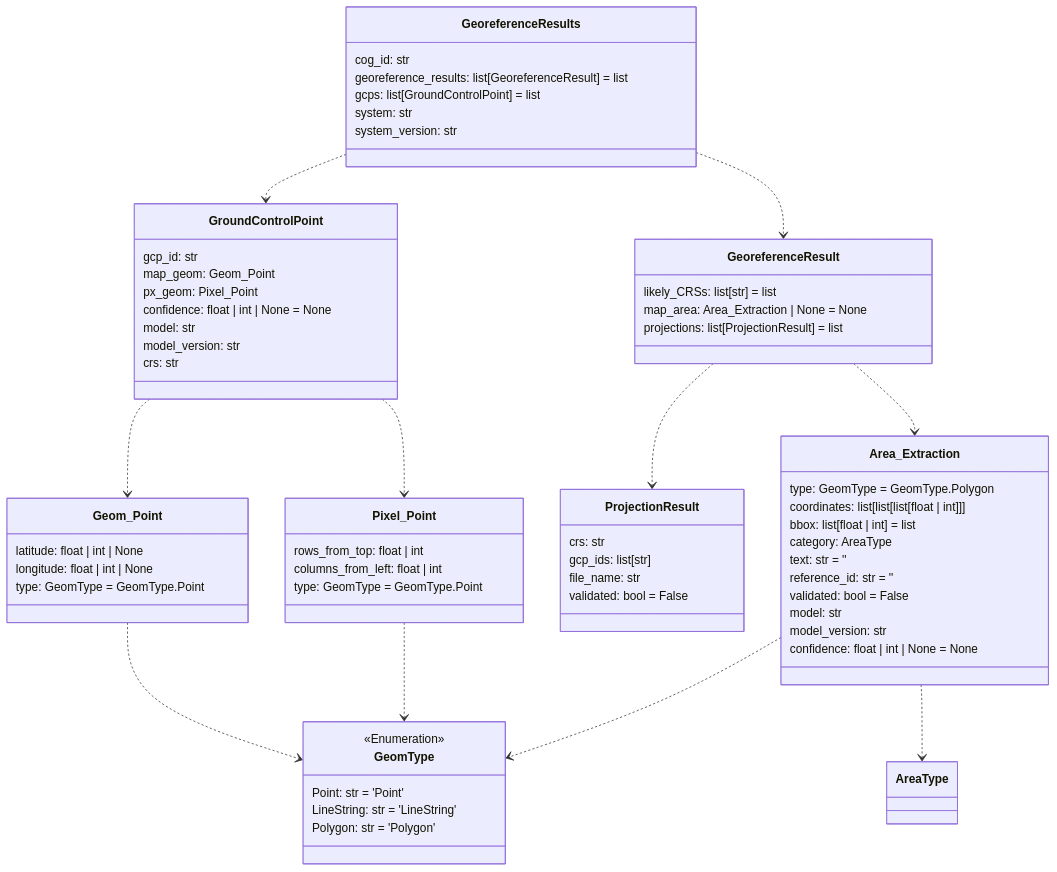
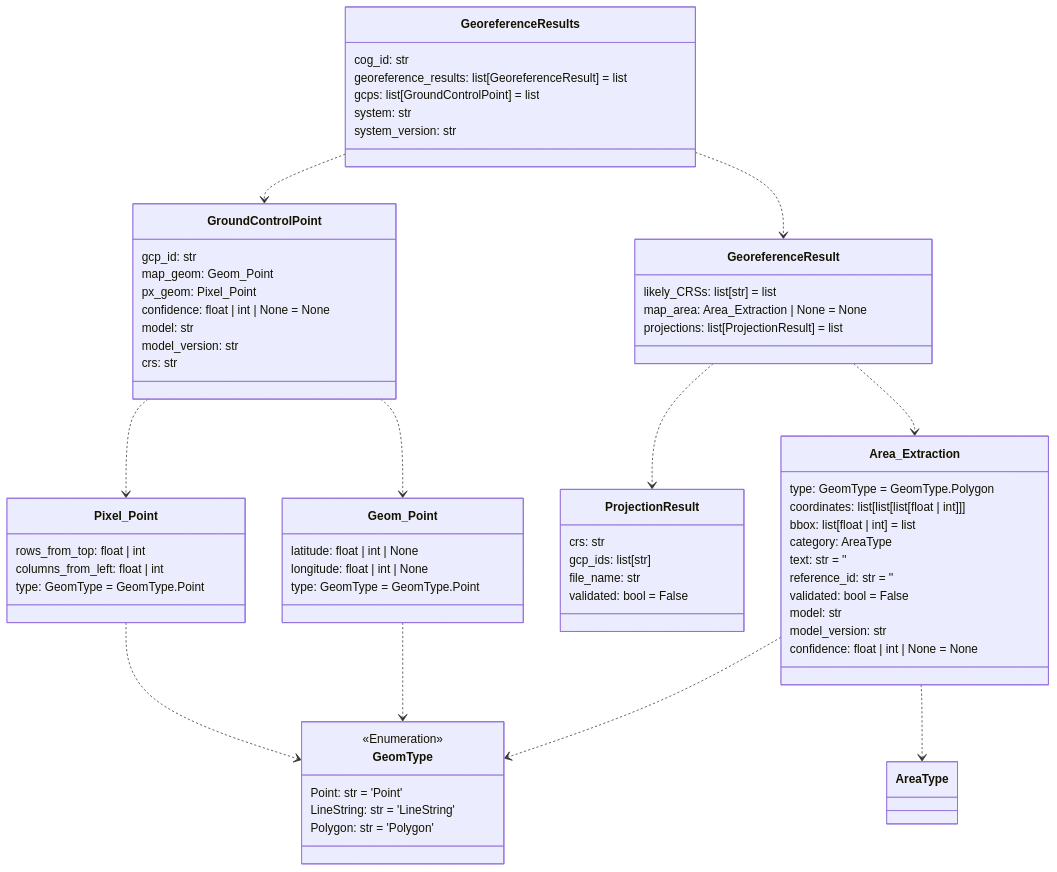
Before and after one commit to DARPA-CRITICALMAAS/cdr_schemas: the second of 14 diagrams in README.md, drawn with Mermaid. The commit also changed other lines of this file and 1 other file, not shown here.

````diff
--- a/README.md
+++ b/README.md
@@ -117,79 +117,79 @@
 ```mermaid
 classDiagram
 
     class Geom_Point {
         latitude: float | int | None
         longitude: float | int | None
         type: GeomType = GeomType.Point
     }
 
-    class ProjectionResult {
-        crs: str
-        gcp_ids: list[str]
-        file_name: str
-        validated: bool = False
-    }
-
-    class GeomType {
-        <<Enumeration>>
-        Point: str = 'Point'
-        LineString: str = 'LineString'
-        Polygon: str = 'Polygon'
+    class Pixel_Point {
+        rows_from_top: float | int
+        columns_from_left: float | int
+        type: GeomType = GeomType.Point
     }
 
     class GeoreferenceResult {
         likely_CRSs: list[str] = list
         map_area: Area_Extraction | None = None
         projections: list[ProjectionResult] = list
     }
 
     class GroundControlPoint {
         gcp_id: str
         map_geom: Geom_Point
         px_geom: Pixel_Point
         confidence: float | int | None = None
         model: str
         model_version: str
         crs: str
     }
 
+    class GeoreferenceResults {
+        cog_id: str
+        georeference_results: list[GeoreferenceResult] = list
+        gcps: list[GroundControlPoint] = list
+        system: str
+        system_version: str
+    }
+
+    class ProjectionResult {
+        crs: str
+        gcp_ids: list[str]
+        file_name: str
+        validated: bool = False
+    }
+
     class Area_Extraction {
         type: GeomType = GeomType.Polygon
         coordinates: list[list[list[float | int]]]
         bbox: list[float | int] = list
         category: AreaType
         text: str = ''
         reference_id: str = ''
         validated: bool = False
         model: str
         model_version: str
         confidence: float | int | None = None
     }
 
-    class Pixel_Point {
-        rows_from_top: float | int
-        columns_from_left: float | int
-        type: GeomType = GeomType.Point
+    class GeomType {
+        <<Enumeration>>
+        Point: str = 'Point'
+        LineString: str = 'LineString'
+        Polygon: str = 'Polygon'
     }
 
-    class GeoreferenceResults {
-        cog_id: str
-        georeference_results: list[GeoreferenceResult] = list
-        gcps: list[GroundControlPoint] = list
-        system: str
-        system_version: str
-    }
-
+    Area_Extraction ..> AreaType
     Area_Extraction ..> GeomType
-    Area_Extraction ..> AreaType
     Geom_Point ..> GeomType
     Pixel_Point ..> GeomType
+    GroundControlPoint ..> Pixel_Point
     GroundControlPoint ..> Geom_Point
-    GroundControlPoint ..> Pixel_Point
+    GeoreferenceResult ..> Area_Extraction
     GeoreferenceResult ..> ProjectionResult
-    GeoreferenceResult ..> Area_Extraction
     GeoreferenceResults ..> GroundControlPoint
     GeoreferenceResults ..> GeoreferenceResult
 
 
 ```
````
